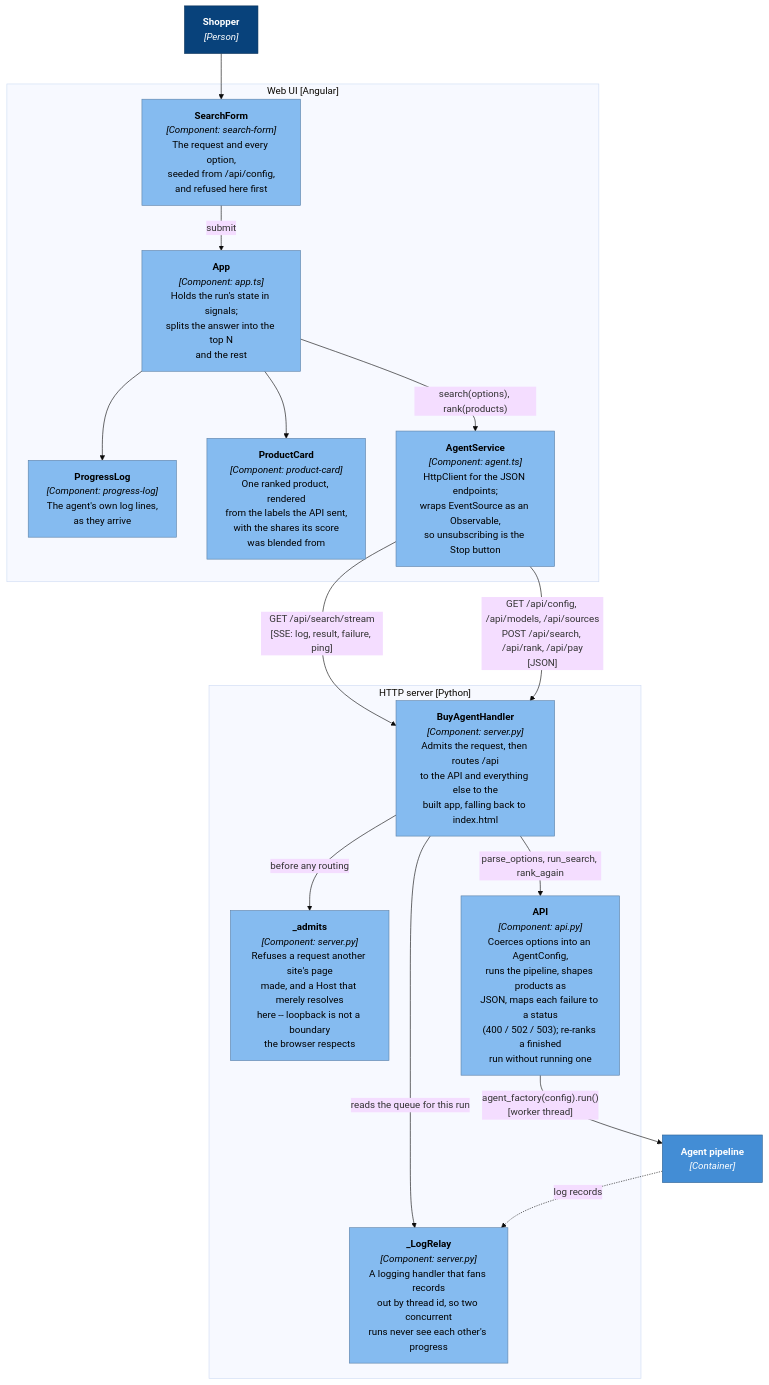
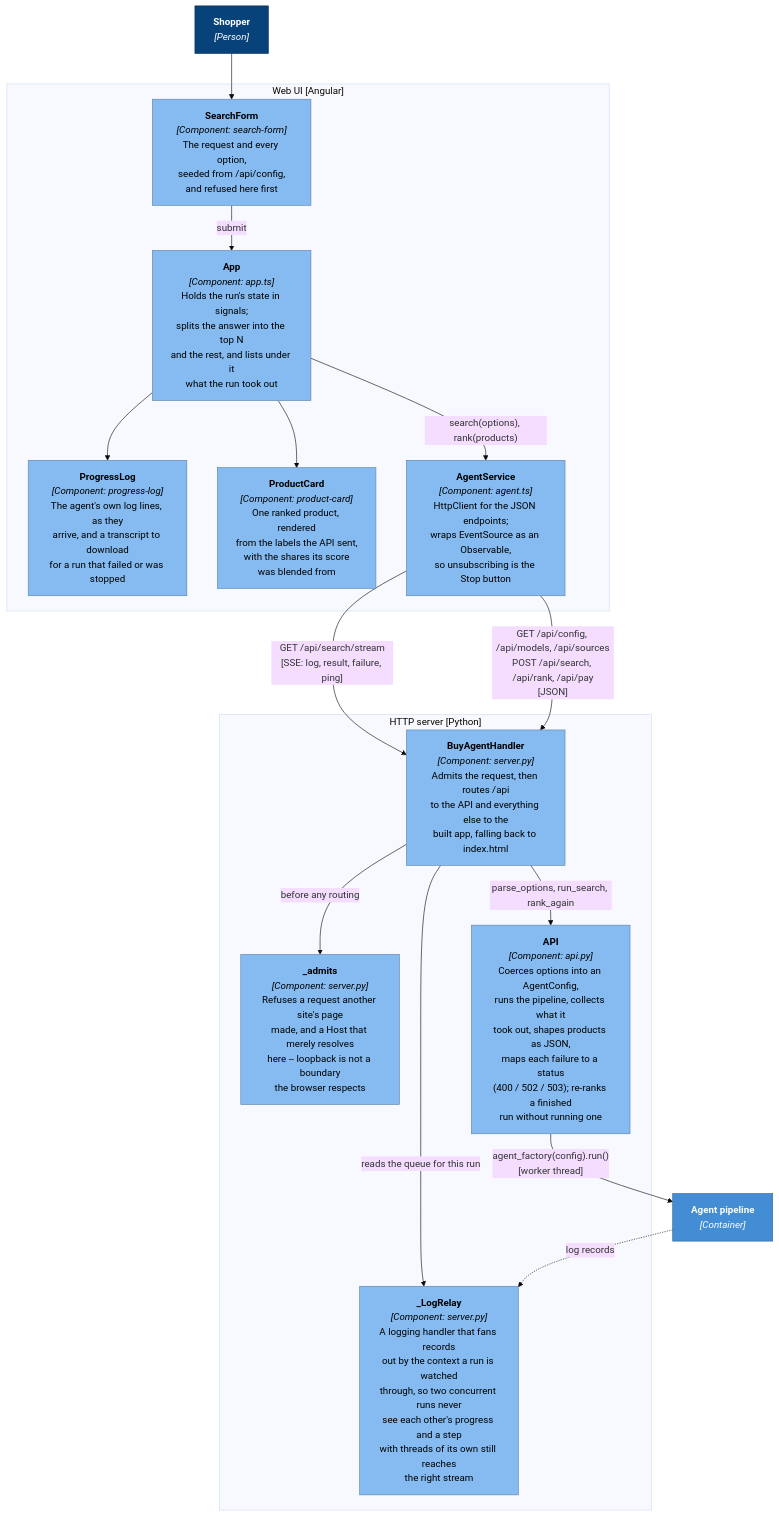
Before and after one commit to adamw7/buy_agent: the fourth of 5 diagrams in docs/architecture.md, drawn with Mermaid (base theme). The commit also changed other lines of this file, not shown here.

First line of the commit message:
Draw what the last nine changes moved in the C4 diagrams (#211)

````diff
--- a/docs/architecture.md
+++ b/docs/architecture.md
@@ -283,42 +317,42 @@
 ```mermaid
 graph TB
     browserUser["<b>Shopper</b><br/><i>[Person]</i>"]
 
     subgraph spa["Web UI [Angular]"]
-        app["<b>App</b><br/><i>[Component: app.ts]</i><br/>Holds the run's state in signals;<br/>splits the answer into the top N<br/>and the rest"]
+        app["<b>App</b><br/><i>[Component: app.ts]</i><br/>Holds the run's state in signals;<br/>splits the answer into the top N<br/>and the rest, and lists under it<br/>what the run took out"]
         form["<b>SearchForm</b><br/><i>[Component: search-form]</i><br/>The request and every option,<br/>seeded from /api/config,<br/>and refused here first"]
-        log["<b>ProgressLog</b><br/><i>[Component: progress-log]</i><br/>The agent's own log lines,<br/>as they arrive"]
+        log["<b>ProgressLog</b><br/><i>[Component: progress-log]</i><br/>The agent's own log lines, as they<br/>arrive, and a transcript to download<br/>for a run that failed or was stopped"]
         card["<b>ProductCard</b><br/><i>[Component: product-card]</i><br/>One ranked product, rendered<br/>from the labels the API sent,<br/>with the shares its score<br/>was blended from"]
         agentsvc["<b>AgentService</b><br/><i>[Component: agent.ts]</i><br/>HttpClient for the JSON endpoints;<br/>wraps EventSource as an Observable,<br/>so unsubscribing is the Stop button"]
     end
 
     subgraph srv["HTTP server [Python]"]
         handler["<b>BuyAgentHandler</b><br/><i>[Component: server.py]</i><br/>Admits the request, then routes /api<br/>to the API and everything else to the<br/>built app, falling back to index.html"]
         guard["<b>_admits</b><br/><i>[Component: server.py]</i><br/>Refuses a request another site's page<br/>made, and a Host that merely resolves<br/>here -- loopback is not a boundary<br/>the browser respects"]
-        relay["<b>_LogRelay</b><br/><i>[Component: server.py]</i><br/>A logging handler that fans records<br/>out by thread id, so two concurrent<br/>runs never see each other's progress"]
-        api["<b>API</b><br/><i>[Component: api.py]</i><br/>Coerces options into an AgentConfig,<br/>runs the pipeline, shapes products as<br/>JSON, maps each failure to a status<br/>(400 / 502 / 503); re-ranks a finished<br/>run without running one"]
+        relay["<b>_LogRelay</b><br/><i>[Component: server.py]</i><br/>A logging handler that fans records<br/>out by the context a run is watched<br/>through, so two concurrent runs never<br/>see each other's progress and a step<br/>with threads of its own still reaches<br/>the right stream"]
+        api["<b>API</b><br/><i>[Component: api.py]</i><br/>Coerces options into an AgentConfig,<br/>runs the pipeline, collects what it<br/>took out, shapes products as JSON,<br/>maps each failure to a status<br/>(400 / 502 / 503); re-ranks a finished<br/>run without running one"]
     end
 
     agentpipeline["<b>Agent pipeline</b><br/><i>[Container]</i>"]
 
     browserUser --> form
     form -->|"submit"| app
     app --> log
     app --> card
     app -->|"search(options), rank(products)"| agentsvc
     agentsvc -->|"GET /api/search/stream<br/>[SSE: log, result, failure, ping]"| handler
     agentsvc -->|"GET /api/config, /api/models, /api/sources<br/>POST /api/search, /api/rank, /api/pay<br/>[JSON]"| handler
 
     handler -->|"before any routing"| guard
     handler -->|"parse_options, run_search, rank_again"| api
     handler -->|"reads the queue for this run"| relay
     api -->|"agent_factory(config).run()<br/>[worker thread]"| agentpipeline
     agentpipeline -.->|"log records"| relay
 
     classDef person fill:#08427b,stroke:#052e56,color:#fff
     classDef container fill:#438dd5,stroke:#2e6295,color:#fff
     classDef component fill:#85bbf0,stroke:#5d82a8,color:#000
     class browserUser person
     class agentpipeline container
     class app,form,log,card,agentsvc,handler,guard,relay,api component
 ```
````
